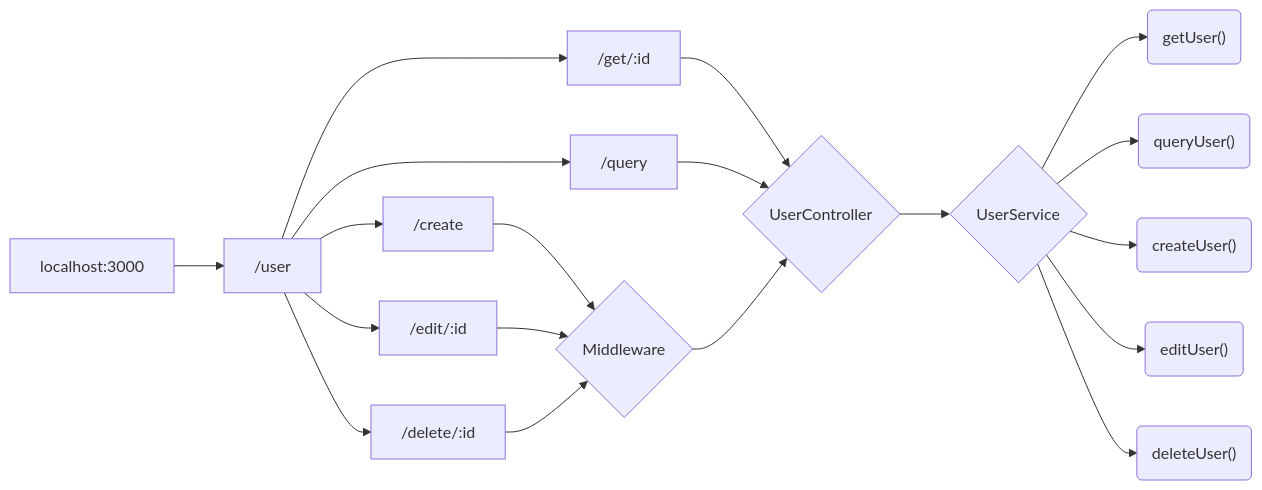
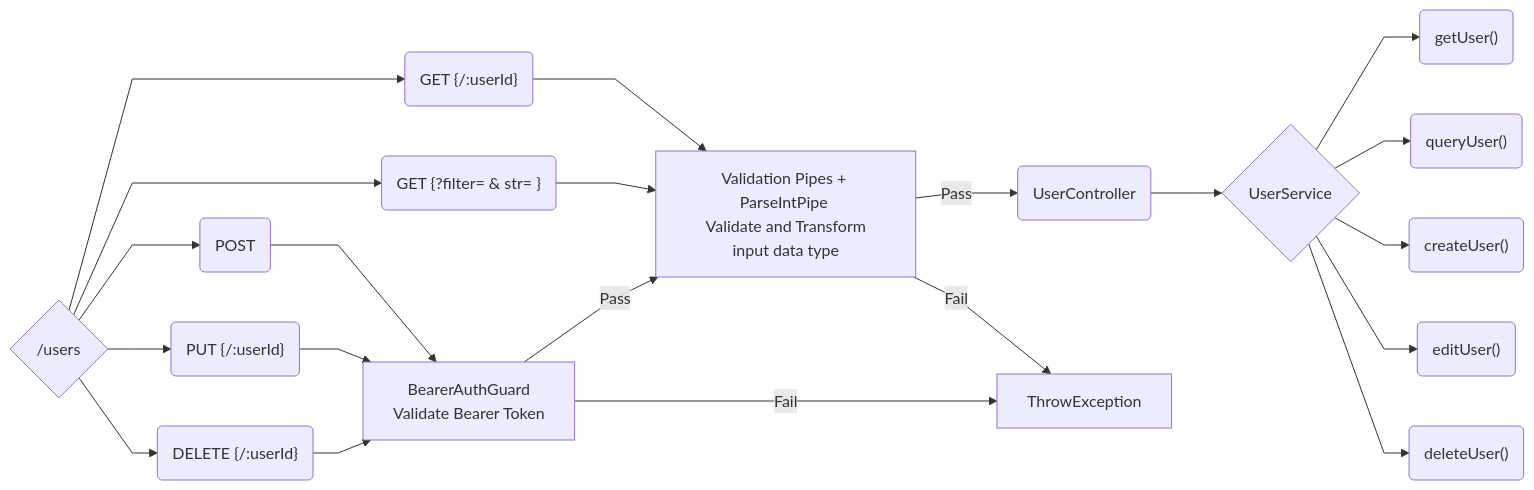
One commit to JTKiew/NTUCool-Interview- changed the first of 3 diagrams in README.md. Above: the diagram before and after it, drawn with Mermaid. The commit also changed other lines of this file and 3 other files, not shown here.

````diff
--- a/README.md
+++ b/README.md
@@ -37,25 +28,30 @@
 ```mermaid
+%%{ init : { "flowchart" : { "curve" : "linear" }}}%%
 graph LR
-    A[localhost:3000] --> B(/user)
-    B["/user"] --> E(/create) 
-    B["/user"] --> F(/get/:id) 
-    B["/user"] --> G(/query) 
-    B["/user"] --> H(/edit/:id) 
-    B["/user"] --> I(/delete/:id) 
+    B{/users}
+    B --> F("GET {/:userId}") 
+    B --> G("GET {?filter= & str= }") 
+    B --> E("POST ") 
+    B --> H("PUT {/:userId}") 
+    B --> I("DELETE {/:userId}") 
+    
+    Pipes["Validation Pipes + ParseIntPipe <br> Validate and Transform input data type"]
+    Guards["BearerAuthGuard <br> Validate Bearer Token"]
+   
+    F & G --> Pipes
+    E & H & I --> Guards
+    
+    Guards --> |"Pass"| Pipes
+    Pipes --> |"Pass"| J(UserController)
+    
+    Pipes --> |"Fail"| ThrowException
+    Guards --> |"Fail"| ThrowException
+    
 
-    F["/get/:id"]       --> J{UserController}
-    G["/query"]         --> J{UserController}
-    E["/create"]        --> Z{Middleware}
-    H["/edit/:id"]      --> Z{Middleware}
-    I["/delete/:id"]    --> Z{Middleware}
-
-    Z{Middleware} --> J{UserController}
-    J{UserController} --> K{UserService}
-
-    K{UserService} --> M("getUser()")
-    K{UserService} --> N("queryUser()")
-    K{UserService} --> L("createUser()")
-    K{UserService} --> O("editUser()")
-    K{UserService} --> P("deleteUser()")
-
-```
+    J --> K{UserService}
+    K --> M("getUser()")
+    K --> N("queryUser()")
+    K --> L("createUser()")
+    K --> O("editUser()")
+    K --> P("deleteUser()")
+``` 
````
